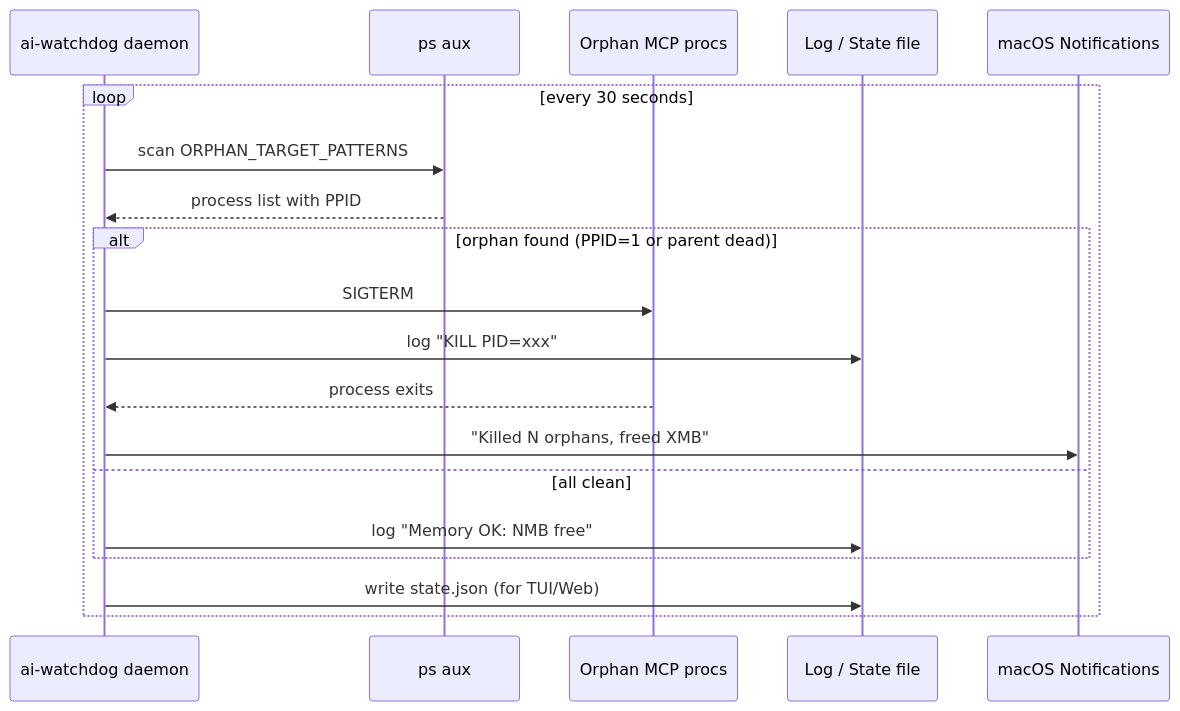
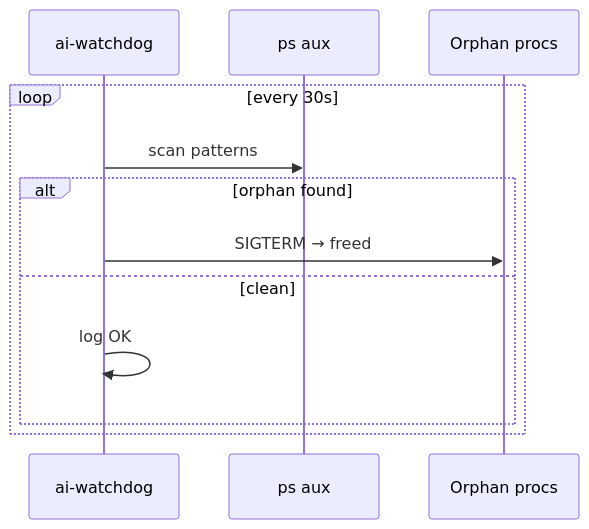
One commit to bianbiandashen/ai-watchdog changed the second of 3 diagrams in README.md. Above: the diagram before and after it, drawn with Mermaid. The commit also changed other lines of this file, not shown here.

````diff
--- a/README.md
+++ b/README.md
@@ -306,24 +209,15 @@
 ```mermaid
 sequenceDiagram
-    participant WD as ai-watchdog daemon
+    participant WD as ai-watchdog
     participant PS as ps aux
-    participant MCP as Orphan MCP procs
-    participant LOG as Log / State file
-    participant NOTIFY as macOS Notifications
+    participant MCP as Orphan procs
 
-    loop every 30 seconds
-        WD->>PS: scan ORPHAN_TARGET_PATTERNS
-        PS-->>WD: process list with PPID
-
-        alt orphan found (PPID=1 or parent dead)
-            WD->>MCP: SIGTERM
-            WD->>LOG: log "KILL PID=xxx"
-            MCP-->>WD: process exits
-            WD->>NOTIFY: "Killed N orphans, freed XMB"
-        else all clean
-            WD->>LOG: log "Memory OK: NMB free"
+    loop every 30s
+        WD->>PS: scan patterns
+        alt orphan found
+            WD->>MCP: SIGTERM → freed
+        else clean
+            WD->>WD: log OK
         end
-
-        WD->>LOG: write state.json (for TUI/Web)
     end
 ```
````
